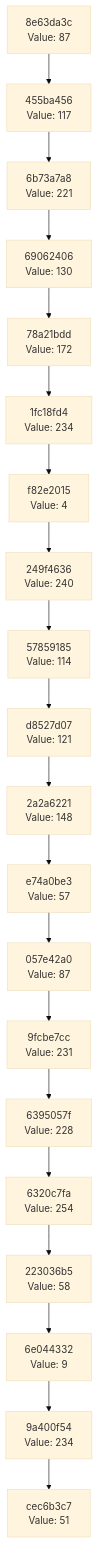
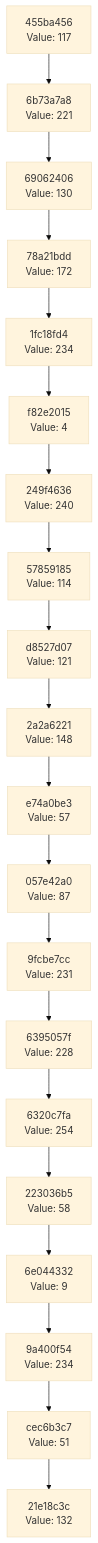
The diagram in docs/CHAIN_VISUALIZATION.md (Abhisheksinha1506/hash-chain-evolver), drawn with Mermaid (base theme) before and after one commit. The commit also changed 3 other files, not shown here.

````diff
--- a/docs/CHAIN_VISUALIZATION.md
+++ b/docs/CHAIN_VISUALIZATION.md
@@ -3,42 +3,42 @@
 ```mermaid
 graph TD
-    C0["cec6b3c7<br/>Value: 51"]
-    C1["9a400f54<br/>Value: 234"]
+    C0["21e18c3c<br/>Value: 132"]
+    C1["cec6b3c7<br/>Value: 51"]
     C1 --> C0
-    C2["6e044332<br/>Value: 9"]
+    C2["9a400f54<br/>Value: 234"]
     C2 --> C1
-    C3["223036b5<br/>Value: 58"]
+    C3["6e044332<br/>Value: 9"]
     C3 --> C2
-    C4["6320c7fa<br/>Value: 254"]
+    C4["223036b5<br/>Value: 58"]
     C4 --> C3
-    C5["6395057f<br/>Value: 228"]
+    C5["6320c7fa<br/>Value: 254"]
     C5 --> C4
-    C6["9fcbe7cc<br/>Value: 231"]
+    C6["6395057f<br/>Value: 228"]
     C6 --> C5
-    C7["057e42a0<br/>Value: 87"]
+    C7["9fcbe7cc<br/>Value: 231"]
     C7 --> C6
-    C8["e74a0be3<br/>Value: 57"]
+    C8["057e42a0<br/>Value: 87"]
     C8 --> C7
-    C9["2a2a6221<br/>Value: 148"]
+    C9["e74a0be3<br/>Value: 57"]
     C9 --> C8
-    C10["d8527d07<br/>Value: 121"]
+    C10["2a2a6221<br/>Value: 148"]
     C10 --> C9
-    C11["57859185<br/>Value: 114"]
+    C11["d8527d07<br/>Value: 121"]
     C11 --> C10
-    C12["249f4636<br/>Value: 240"]
+    C12["57859185<br/>Value: 114"]
     C12 --> C11
-    C13["f82e2015<br/>Value: 4"]
+    C13["249f4636<br/>Value: 240"]
     C13 --> C12
-    C14["1fc18fd4<br/>Value: 234"]
+    C14["f82e2015<br/>Value: 4"]
     C14 --> C13
-    C15["78a21bdd<br/>Value: 172"]
+    C15["1fc18fd4<br/>Value: 234"]
     C15 --> C14
-    C16["69062406<br/>Value: 130"]
+    C16["78a21bdd<br/>Value: 172"]
     C16 --> C15
-    C17["6b73a7a8<br/>Value: 221"]
+    C17["69062406<br/>Value: 130"]
     C17 --> C16
-    C18["455ba456<br/>Value: 117"]
+    C18["6b73a7a8<br/>Value: 221"]
     C18 --> C17
-    C19["8e63da3c<br/>Value: 87"]
+    C19["455ba456<br/>Value: 117"]
     C19 --> C18
 ```
````
